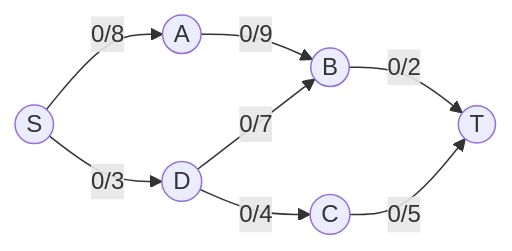
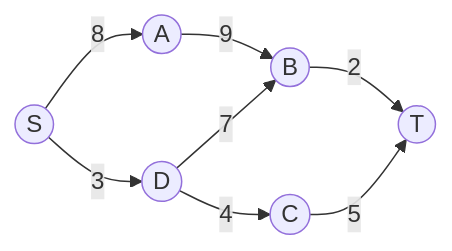
One commit to sufyandaredevil/DAA_ASSIGNMENTS changed the first of 2 diagrams in assignments/a5/assignment_5.md. Above: the diagram before and after it, drawn with Mermaid.

Commit message:
removed flow from flow network graph

````diff
--- a/assignments/a5/assignment_5.md
+++ b/assignments/a5/assignment_5.md
@@ -10,10 +10,10 @@
 ```mermaid
 graph LR;
-S((S)) --0/8--> A((A));
-S --0/3--> D((D));
-A --0/9--> B((B));
-D --0/7--> B;
-D --0/4--> C((C));
-B --0/2--> T((T));
-C --0/5--> T;
+S((S)) --8--> A((A));
+S --3--> D((D));
+A --9--> B((B));
+D --7--> B;
+D --4--> C((C));
+B --2--> T((T));
+C --5--> T;
 ```
````
